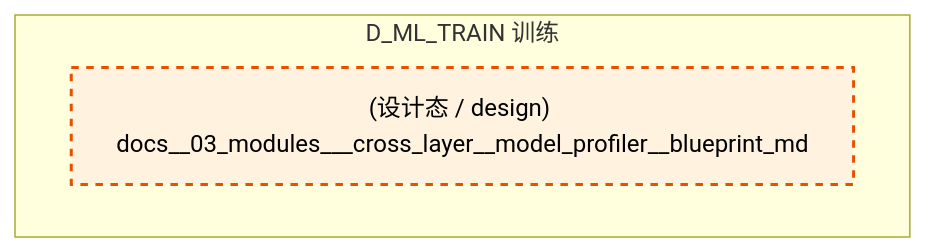
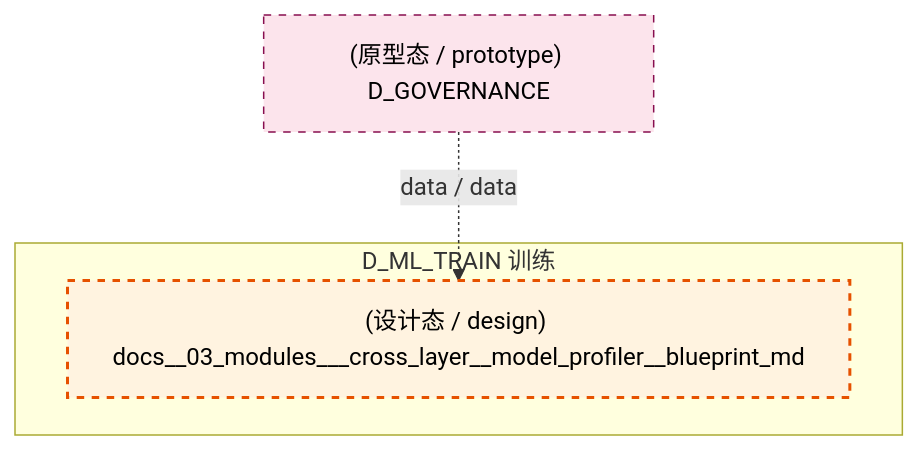
Before and after one commit to xuanFelixVan/ZephyrAlpha: the second of 4 diagrams in docs/02_enterprise_architecture/02_domain_architecture_docs/50_d_ml_train.md, drawn with Mermaid. The commit also changed other lines of this file and 127 other files, not shown here.

First line of the commit message:
chore(docs): S2-2 refresh architecture docs after depgraph rebuild

````diff
--- a/docs/02_enterprise_architecture/02_domain_architecture_docs/50_d_ml_train.md
+++ b/docs/02_enterprise_architecture/02_domain_architecture_docs/50_d_ml_train.md
@@ -121,11 +123,14 @@
 ```mermaid
 graph TD
     subgraph D_ML_TRAIN["D_ML_TRAIN 训练"]
         docs_03_modules_cross_layer_model_profiler_blueprint_md["(设计态 / design) docs__03_modules___cross_layer__model_profiler__blueprint_md"]
     end
+    D_GOVERNANCE["(原型态 / prototype) D_GOVERNANCE"]
+    D_GOVERNANCE -.->|data / data| docs_03_modules_cross_layer_model_profiler_blueprint_md
     classDef production fill:#e1f5fe,stroke:#01579b,stroke-width:2px,color:#000
     classDef design fill:#fff3e0,stroke:#e65100,stroke-width:2px,color:#000,stroke-dasharray: 5 5
     classDef external_prod fill:#e8f5e9,stroke:#1b5e20,stroke-width:1px,color:#000
     classDef external_design fill:#fce4ec,stroke:#880e4f,stroke-width:1px,color:#000,stroke-dasharray: 5 5
     class docs_03_modules_cross_layer_model_profiler_blueprint_md design
+    class D_GOVERNANCE external_design
 ```
````
